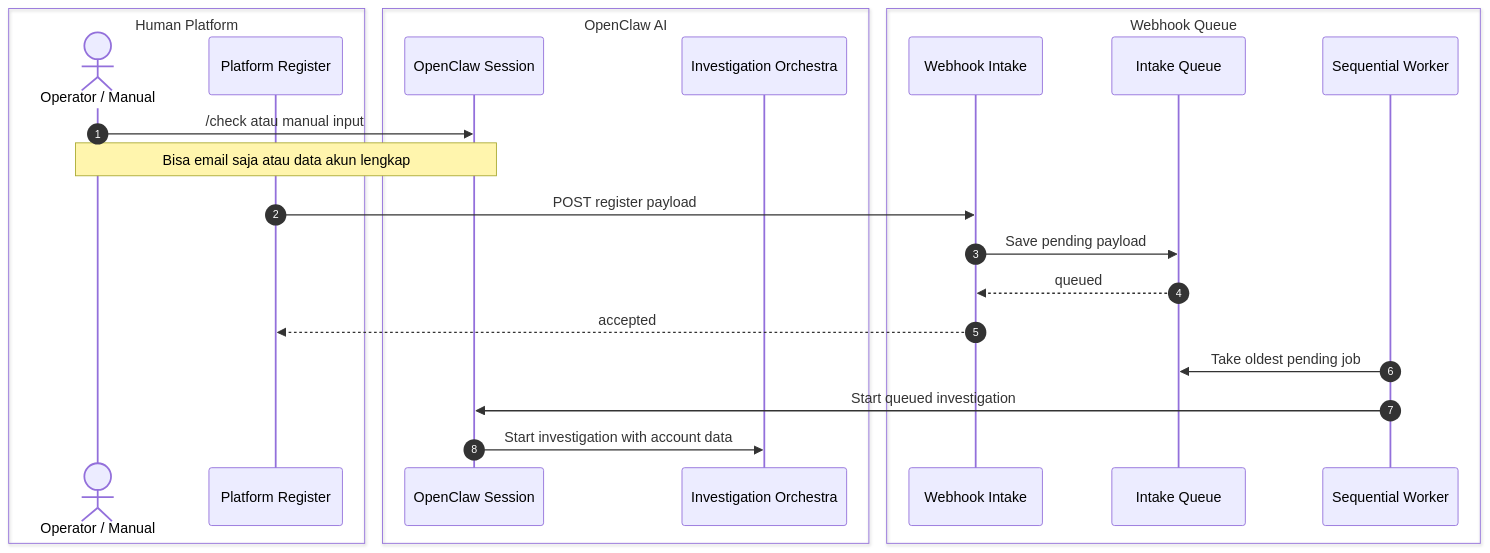
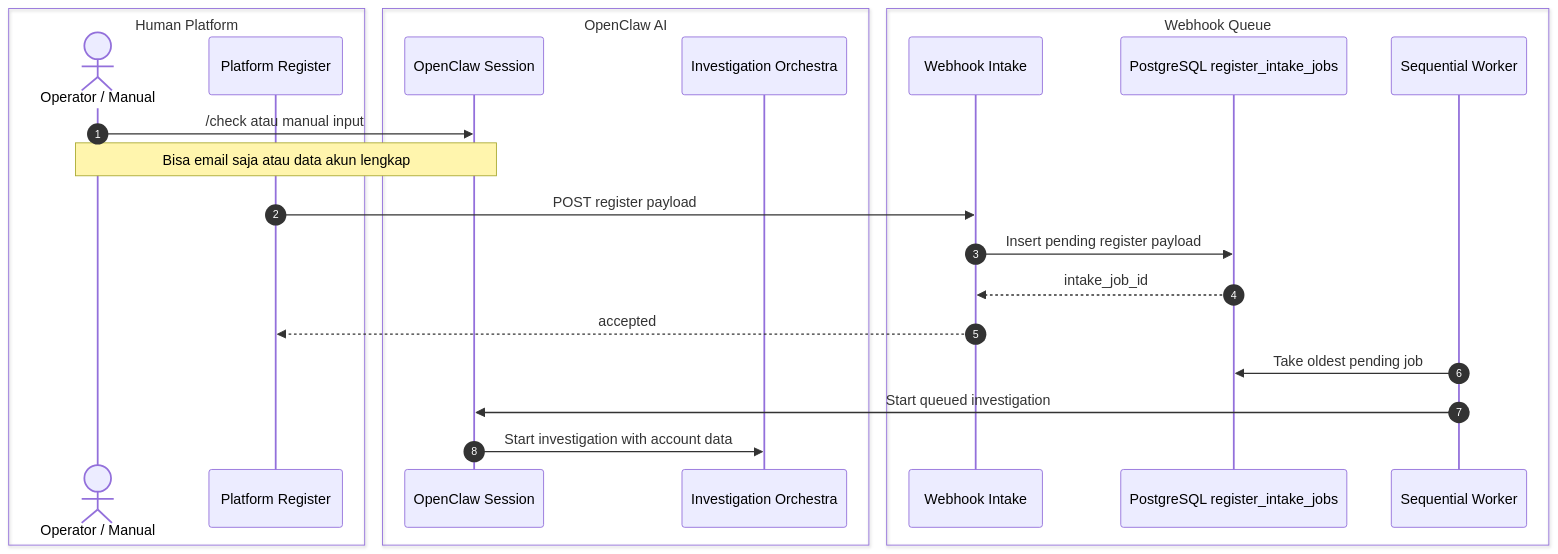
The third of 8 diagrams in docs/technical/FLOW_MAP.md (nunutech40/company-detector-bot), drawn with Mermaid before and after one commit. The commit also changed other lines of this file and 5 other files, not shown here.

Commit message:
clarify postgres intake queue

````diff
--- a/docs/technical/FLOW_MAP.md
+++ b/docs/technical/FLOW_MAP.md
@@ -229,29 +229,29 @@
 ```mermaid
 sequenceDiagram
   autonumber
   box Human Platform
     actor Operator as Operator / Manual
     participant Platform as Platform Register
   end
 
   box OpenClaw AI
     participant Session as OpenClaw Session
     participant Orchestra as Investigation Orchestra
   end
 
   box Webhook Queue
     participant Webhook as Webhook Intake
-    participant Queue as Intake Queue
+    participant Queue as PostgreSQL register_intake_jobs
     participant Worker as Sequential Worker
   end
 
   Operator->>Session: /check atau manual input
   Note over Operator,Session: Bisa email saja atau data akun lengkap
   Platform->>Webhook: POST register payload
-  Webhook->>Queue: Save pending payload
-  Queue-->>Webhook: queued
+  Webhook->>Queue: Insert pending register payload
+  Queue-->>Webhook: intake_job_id
   Webhook-->>Platform: accepted
   Worker->>Queue: Take oldest pending job
   Worker->>Session: Start queued investigation
   Session->>Orchestra: Start investigation with account data
 ```
````
